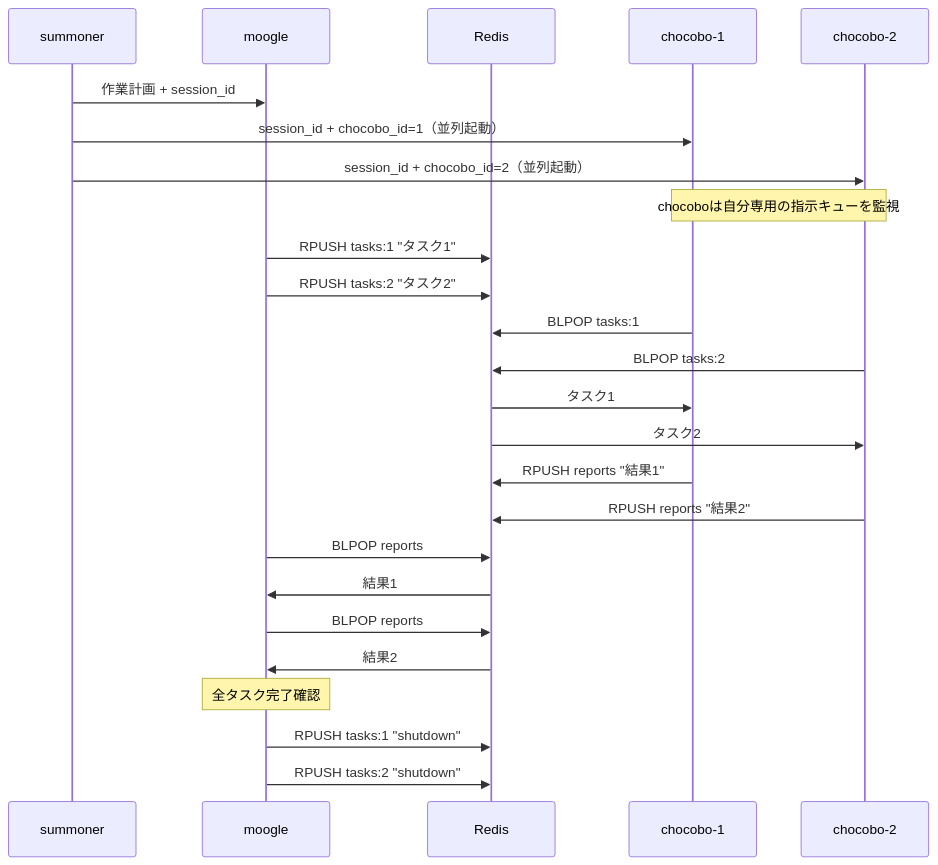
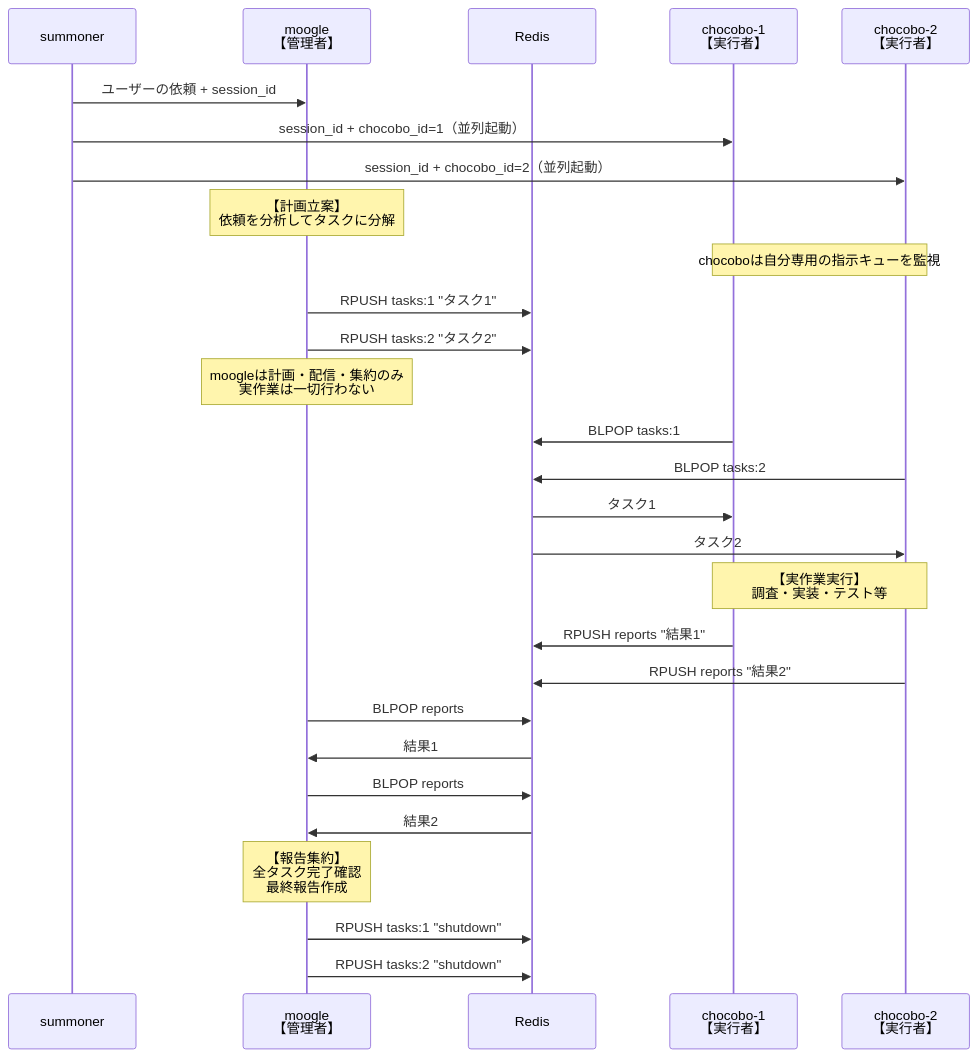
The first of 4 diagrams in agents/moogle.agent.md (NagasakaH/devcontainer), drawn with Mermaid before and after one commit. The commit also changed other lines of this file and 5 other files, not shown here.

````diff
--- a/agents/moogle.agent.md
+++ b/agents/moogle.agent.md
@@ -21,32 +62,39 @@
 ```mermaid
 sequenceDiagram
     participant S as summoner
-    participant M as moogle
+    participant M as moogle<br/>【管理者】
     participant R as Redis
-    participant C1 as chocobo-1
-    participant C2 as chocobo-2
+    participant C1 as chocobo-1<br/>【実行者】
+    participant C2 as chocobo-2<br/>【実行者】
 
-    S->>M: 作業計画 + session_id
+    S->>M: ユーザーの依頼 + session_id
     S->>C1: session_id + chocobo_id=1（並列起動）
     S->>C2: session_id + chocobo_id=2（並列起動）
+
+    Note over M: 【計画立案】<br/>依頼を分析してタスクに分解
 
     Note over C1,C2: chocoboは自分専用の指示キューを監視
 
     M->>R: RPUSH tasks:1 "タスク1"
     M->>R: RPUSH tasks:2 "タスク2"
+    
+    Note over M: moogleは計画・配信・集約のみ<br/>実作業は一切行わない
+
     C1->>R: BLPOP tasks:1
     C2->>R: BLPOP tasks:2
     R->>C1: タスク1
     R->>C2: タスク2
+
+    Note over C1,C2: 【実作業実行】<br/>調査・実装・テスト等
 
     C1->>R: RPUSH reports "結果1"
     C2->>R: RPUSH reports "結果2"
     M->>R: BLPOP reports
     R->>M: 結果1
     M->>R: BLPOP reports
     R->>M: 結果2
 
-    Note over M: 全タスク完了確認
+    Note over M: 【報告集約】<br/>全タスク完了確認<br/>最終報告作成
     M->>R: RPUSH tasks:1 "shutdown"
     M->>R: RPUSH tasks:2 "shutdown"
 ```
````
